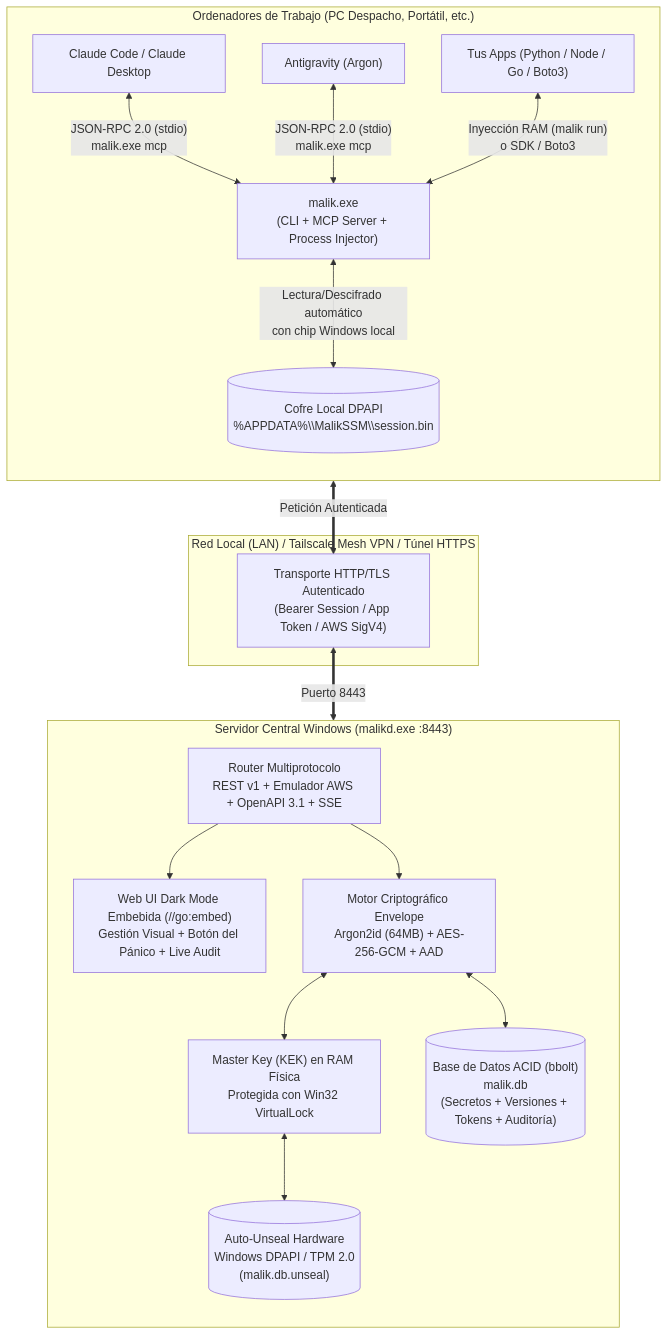
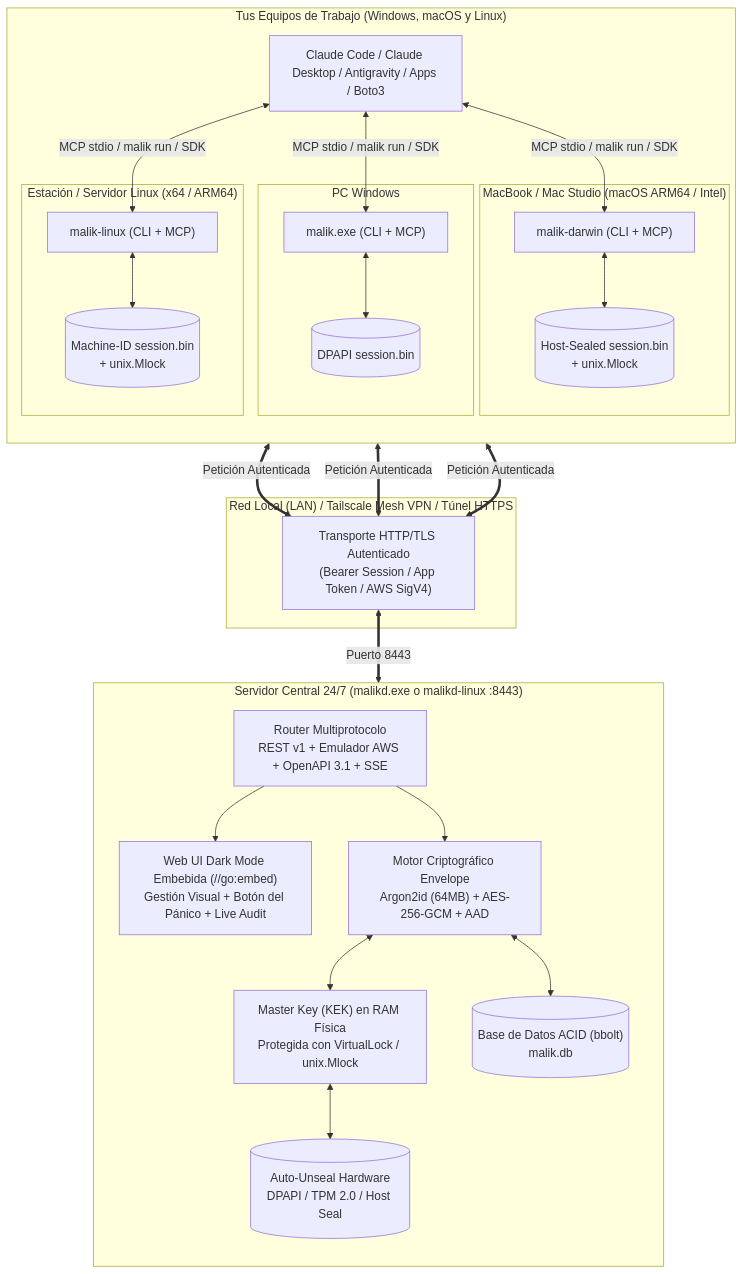
The first of 2 diagrams in README.md (eduardoddddddd/MalikSSM), drawn with Mermaid before and after one commit. The commit also changed other lines of this file, not shown here.

Commit message:
docs: document full multi-platform support for Windows, macOS (Apple Silicon/Intel) and Linux (x64/ARM64)

````diff
--- a/README.md
+++ b/README.md
@@ -74,38 +92,47 @@
 ```mermaid
 flowchart TB
-    subgraph PC["Ordenadores de Trabajo (PC Despacho, Portátil, etc.)"]
+    subgraph CLIENTS["Tus Equipos de Trabajo (Windows, macOS y Linux)"]
         direction TB
-        DPAPI_PC[("Cofre Local DPAPI\n%APPDATA%\\MalikSSM\\session.bin")]
-        MALIK_CLI["malik.exe\n(CLI + MCP Server + Process Injector)"]
-        CLAUDE["Claude Code / Claude Desktop"]
-        AGY["Antigravity (Argon)"]
-        SCRIPTS["Tus Apps (Python / Node / Go / Boto3)"]
+        subgraph WIN_PC["PC Windows"]
+            W_CLI["malik.exe (CLI + MCP)"]
+            W_SESS[("DPAPI session.bin")]
+            W_CLI <--> W_SESS
+        end
+        subgraph MAC_PC["MacBook / Mac Studio (macOS ARM64 / Intel)"]
+            M_CLI["malik-darwin (CLI + MCP)"]
+            M_SESS[("Host-Sealed session.bin\n+ unix.Mlock")]
+            M_CLI <--> M_SESS
+        end
+        subgraph LIN_PC["Estación / Servidor Linux (x64 / ARM64)"]
+            L_CLI["malik-linux (CLI + MCP)"]
+            L_SESS[("Machine-ID session.bin\n+ unix.Mlock")]
+            L_CLI <--> L_SESS
+        end
 
-        CLAUDE & AGY <-->|"JSON-RPC 2.0 (stdio)\nmalik.exe mcp"| MALIK_CLI
-        SCRIPTS <-->|"Inyección RAM (malik run)\no SDK / Boto3"| MALIK_CLI
-        MALIK_CLI <-->|"Lectura/Descifrado automático\ncon chip Windows local"| DPAPI_PC
+        AGENTS["Claude Code / Claude Desktop / Antigravity / Apps / Boto3"]
+        AGENTS <-->|"MCP stdio / malik run / SDK"| W_CLI & M_CLI & L_CLI
     end
 
     subgraph NET["Red Local (LAN) / Tailscale Mesh VPN / Túnel HTTPS"]
         TLS["Transporte HTTP/TLS Autenticado\n(Bearer Session / App Token / AWS SigV4)"]
     end
 
-    subgraph SRV["Servidor Central Windows (malikd.exe :8443)"]
+    subgraph SRV["Servidor Central 24/7 (malikd.exe o malikd-linux :8443)"]
         direction TB
         ROUTER["Router Multiprotocolo\nREST v1 + Emulador AWS + OpenAPI 3.1 + SSE"]
         UI["Web UI Dark Mode Embebida (//go:embed)\nGestión Visual + Botón del Pánico + Live Audit"]
-        MEMLOCK["Master Key (KEK) en RAM Física\nProtegida con Win32 VirtualLock"]
+        MEMLOCK["Master Key (KEK) en RAM Física\nProtegida con VirtualLock / unix.Mlock"]
         ENVELOPE["Motor Criptográfico Envelope\nArgon2id (64MB) + AES-256-GCM + AAD"]
-        TPM_SRV[("Auto-Unseal Hardware\nWindows DPAPI / TPM 2.0\n(malik.db.unseal)")]
-        BOLT[("Base de Datos ACID (bbolt)\nmalik.db\n(Secretos + Versiones + Tokens + Auditoría)")]
+        UNSEAL[("Auto-Unseal Hardware\nDPAPI / TPM 2.0 / Host Seal")]
+        BOLT[("Base de Datos ACID (bbolt)\nmalik.db")]
 
         ROUTER --> UI
         ROUTER --> ENVELOPE
         ENVELOPE <--> MEMLOCK
-        MEMLOCK <--> TPM_SRV
+        MEMLOCK <--> UNSEAL
         ENVELOPE <--> BOLT
     end
 
-    MALIK_CLI <==>|"Petición Autenticada"| TLS
+    W_CLI & M_CLI & L_CLI <==>|"Petición Autenticada"| TLS
     TLS <==>|"Puerto 8443"| ROUTER
 ```
````
